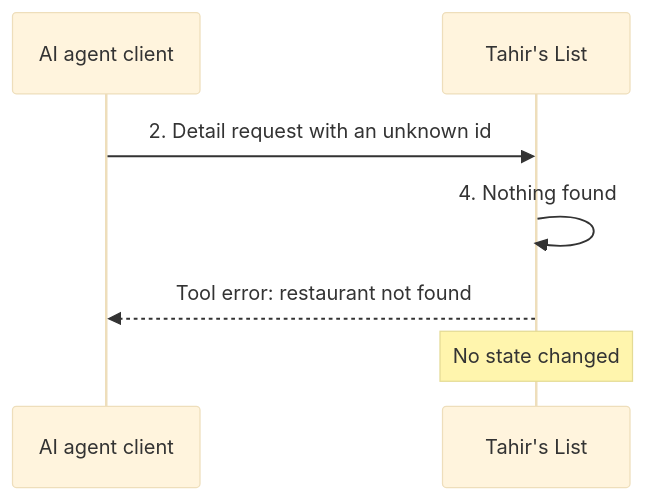
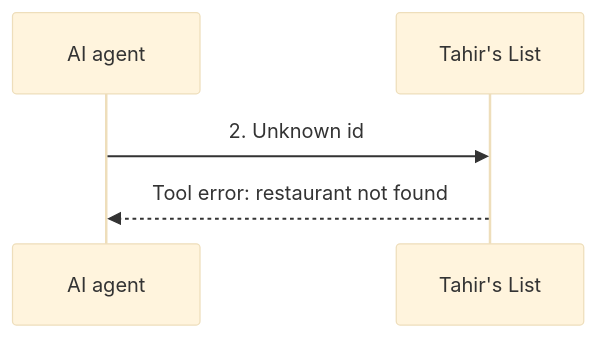
Before and after one commit to Losers-Lab/tahirs-list: the fourth of 5 diagrams in docs/features/SC-209/04-blackbox/UC-02-view-restaurant.md, drawn with Mermaid (base theme). The commit also changed other lines of this file and 10 other files, not shown here.

Commit message:
[SC-209] Retrofit design to diagram-first standard

````diff
--- a/docs/features/SC-209/04-blackbox/UC-02-view-restaurant.md
+++ b/docs/features/SC-209/04-blackbox/UC-02-view-restaurant.md
@@ -59,10 +43,7 @@
 ```mermaid
 sequenceDiagram
-    participant AG as AI agent client
+    participant AG as AI agent
     participant TL as Tahir's List
-
-    AG->>TL: 2. Detail request with an unknown id
-    TL->>TL: 4. Nothing found
+    AG->>TL: 2. Unknown id
     TL-->>AG: Tool error: restaurant not found
-    Note over TL: No state changed
 ```
````
